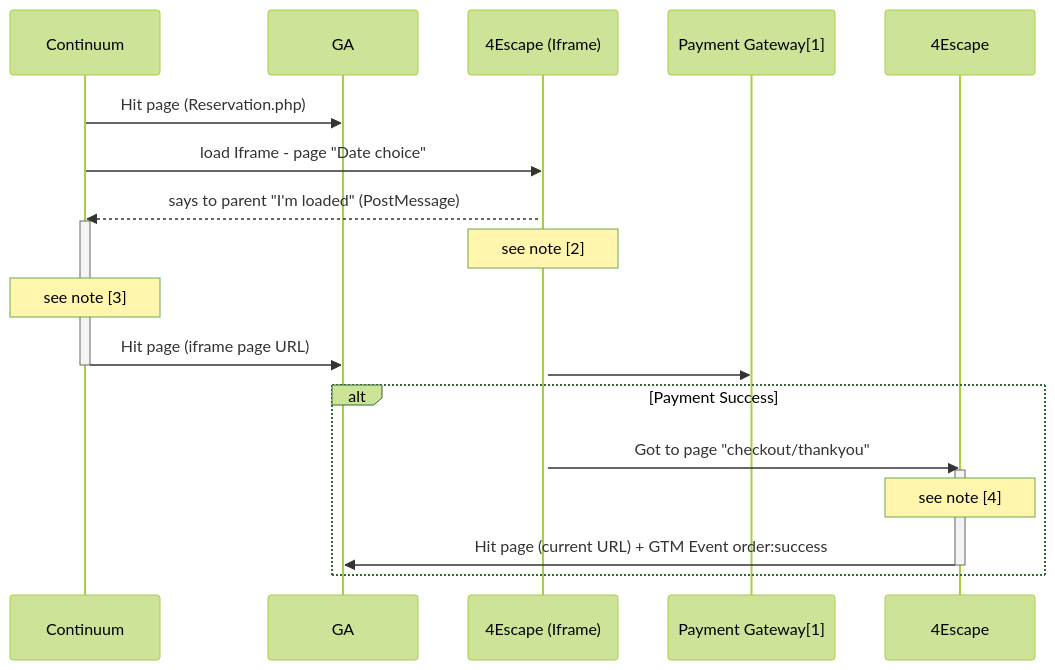
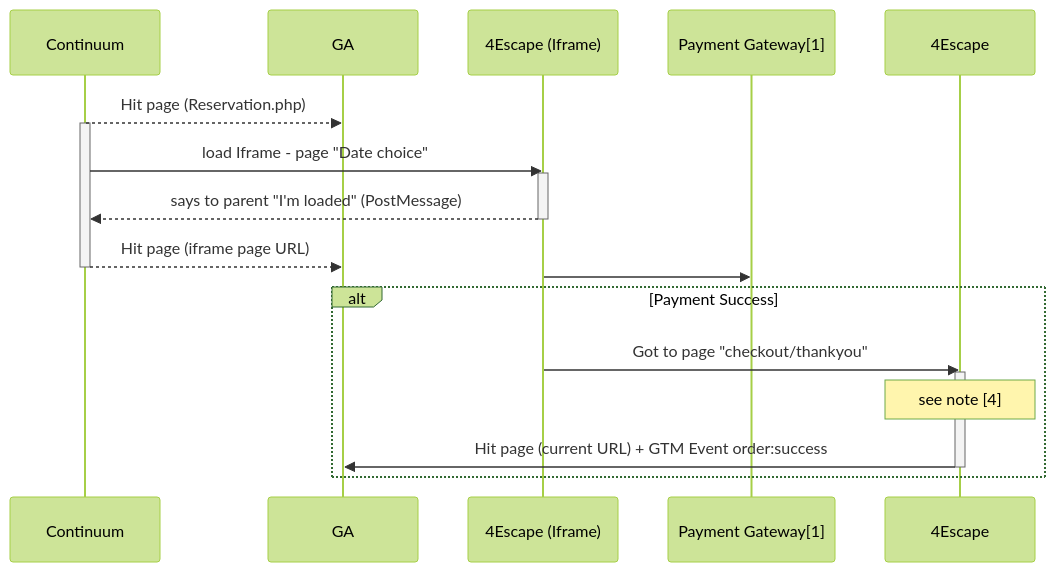
The diagram in doc/continuum/Sequence-session.md (NansPellicari/stackEdit), drawn with Mermaid (forest theme) before and after one commit. The commit also changed other lines of this file, not shown here.

Commit message:
doc/continuum/Sequence-session.md updated from https://stackedit.io/

````diff
--- a/doc/continuum/Sequence-session.md
+++ b/doc/continuum/Sequence-session.md
@@ -1,20 +1,20 @@
 ```mermaid
 sequenceDiagram
-Continuum->>GA: Hit page (Reservation.php) 
+Continuum-->>GA: Hit page (Reservation.php) 
+activate Continuum
 Continuum->>4Escape (Iframe): load Iframe - page "Date choice"
 activate 4Escape (Iframe)
 4Escape (Iframe)-->>Continuum: says to parent "I'm loaded" (PostMessage)
-activate Continuum
-Note over 4Escape (Iframe): see note  [2]
-Note over Continuum: see note [3]
-Continuum->>GA: Hit page (iframe page URL)
+deactivate 4Escape (Iframe)
+
+Continuum-->>GA: Hit page (iframe page URL)
 deactivate Continuum
 4Escape (Iframe)->>Payment Gateway[1]: 
 alt Payment Success
 	4Escape (Iframe)->>4Escape: Got to page "checkout/thankyou"
 	activate 4Escape
 	Note over 4Escape: see note [4]
 	4Escape->>GA: Hit page (current URL) + GTM Event order:success
 	deactivate 4Escape
 end
 ```
````
